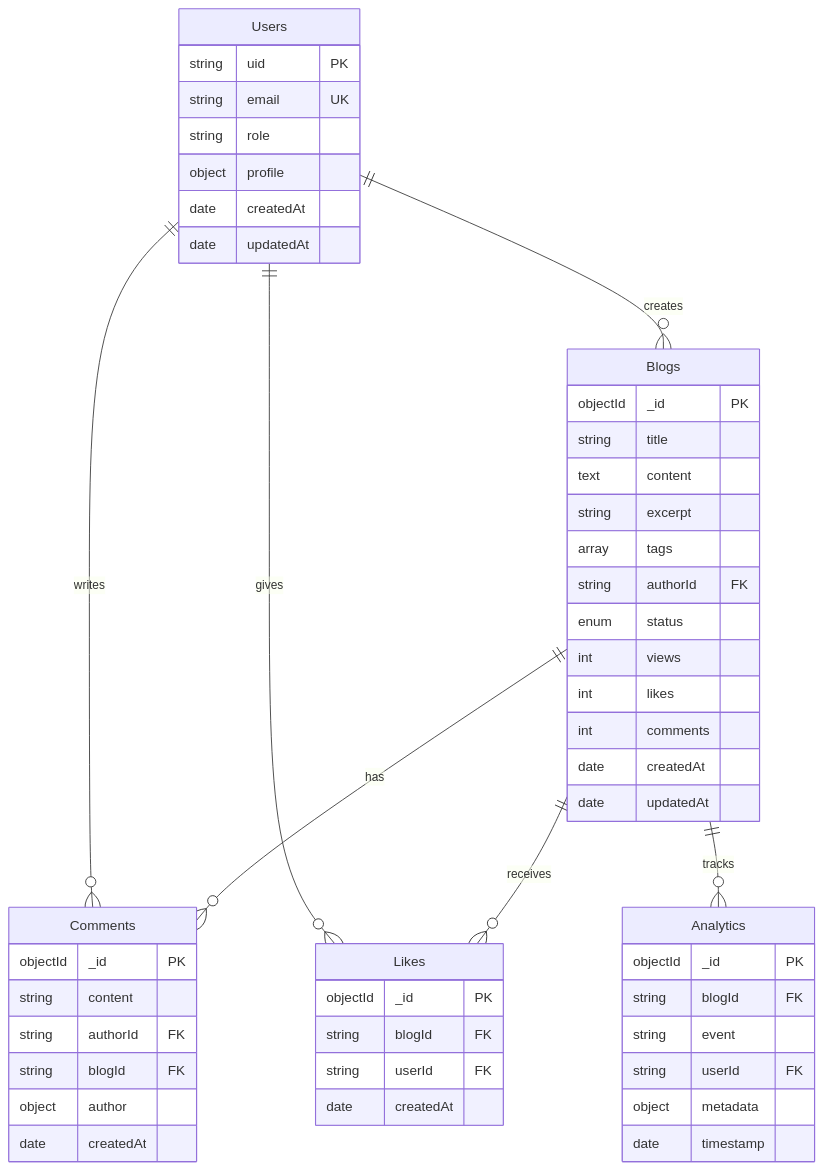
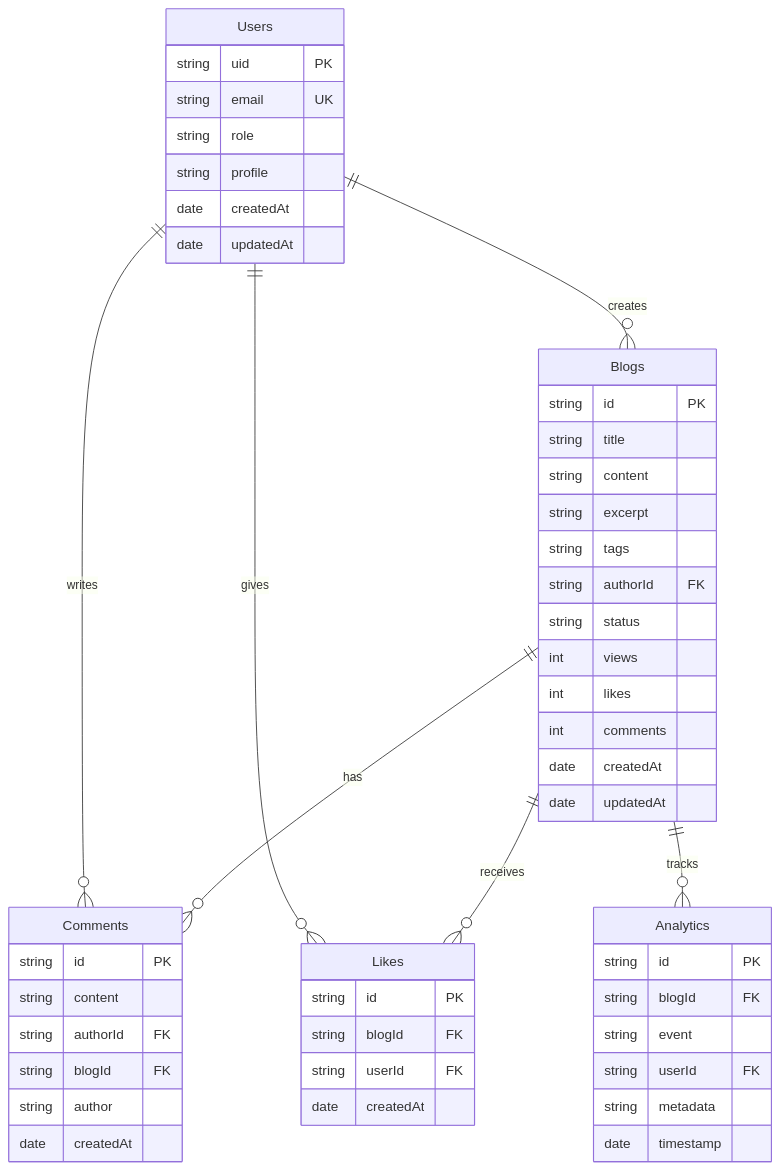
The third of 9 diagrams in README.md (choksi2212/blog-vibe), drawn with Mermaid before and after one commit. The commit also changed other lines of this file, not shown here.

````diff
--- a/README.md
+++ b/README.md
@@ -223,58 +223,58 @@
 ```mermaid
 erDiagram
     Users ||--o{ Blogs : creates
     Users ||--o{ Comments : writes
     Users ||--o{ Likes : gives
     Blogs ||--o{ Comments : has
     Blogs ||--o{ Likes : receives
     Blogs ||--o{ Analytics : tracks
     
     Users {
         string uid PK
         string email UK
         string role
-        object profile
+        string profile
         date createdAt
         date updatedAt
     }
     
     Blogs {
-        objectId _id PK
+        string id PK
         string title
-        text content
+        string content
         string excerpt
-        array tags
+        string tags
         string authorId FK
-        enum status
+        string status
         int views
         int likes
         int comments
         date createdAt
         date updatedAt
     }
     
     Comments {
-        objectId _id PK
+        string id PK
         string content
         string authorId FK
         string blogId FK
-        object author
+        string author
         date createdAt
     }
     
     Likes {
-        objectId _id PK
+        string id PK
         string blogId FK
         string userId FK
         date createdAt
     }
     
     Analytics {
-        objectId _id PK
+        string id PK
         string blogId FK
         string event
         string userId FK
-        object metadata
+        string metadata
         date timestamp
     }
 ```
````
